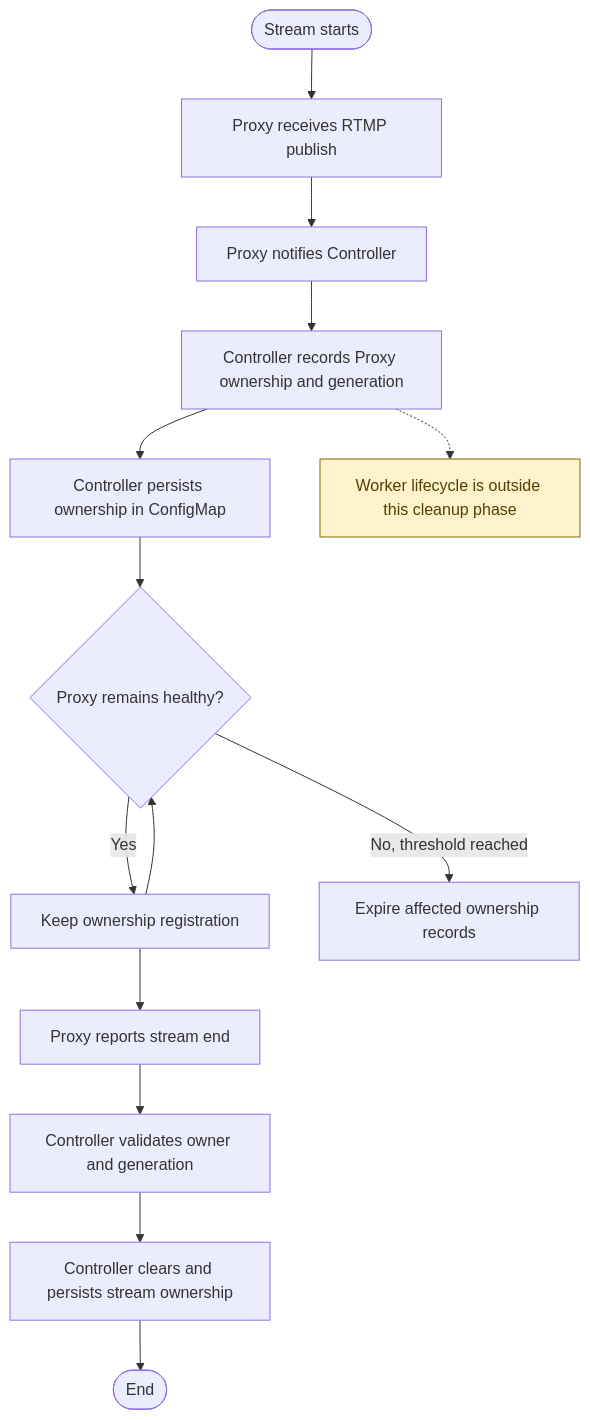
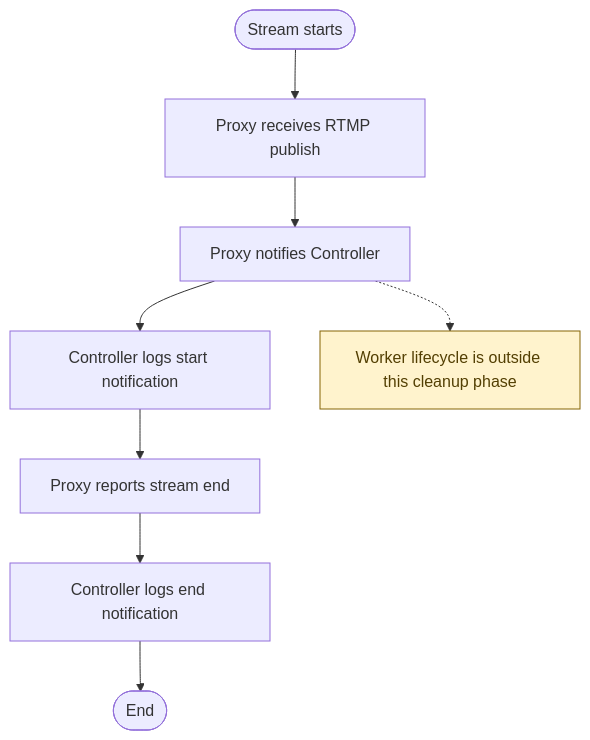
Before and after one commit to JadsonLucena/LiveEdgeCast: the diagram in diagrams/activity-flow-high-level.mmd, drawn with Mermaid. The commit also changed 10 other files, not shown here.

```diff
--- a/diagrams/activity-flow-high-level.mmd
+++ b/diagrams/activity-flow-high-level.mmd
@@ -1,16 +1,10 @@
 flowchart TD
     A([Stream starts]) --> B[Proxy receives RTMP publish]
     B --> C[Proxy notifies Controller]
-    C --> D[Controller records Proxy ownership and generation]
-    D --> E[Controller persists ownership in ConfigMap]
-    E --> F{Proxy remains healthy?}
-    F -->|Yes| G[Keep ownership registration]
-    G --> F
-    F -->|No, threshold reached| H[Expire affected ownership records]
-    G --> I[Proxy reports stream end]
-    I --> J[Controller validates owner and generation]
-    J --> K[Controller clears and persists stream ownership]
-    K --> L([End])
+    C --> D[Controller logs start notification]
+    D --> E[Proxy reports stream end]
+    E --> F[Controller logs end notification]
+    F --> G([End])
     M[Worker lifecycle is outside this cleanup phase]:::note
-    D -.-> M
+    C -.-> M
     classDef note fill:#fff3cd,stroke:#856404,color:#533f03
```
